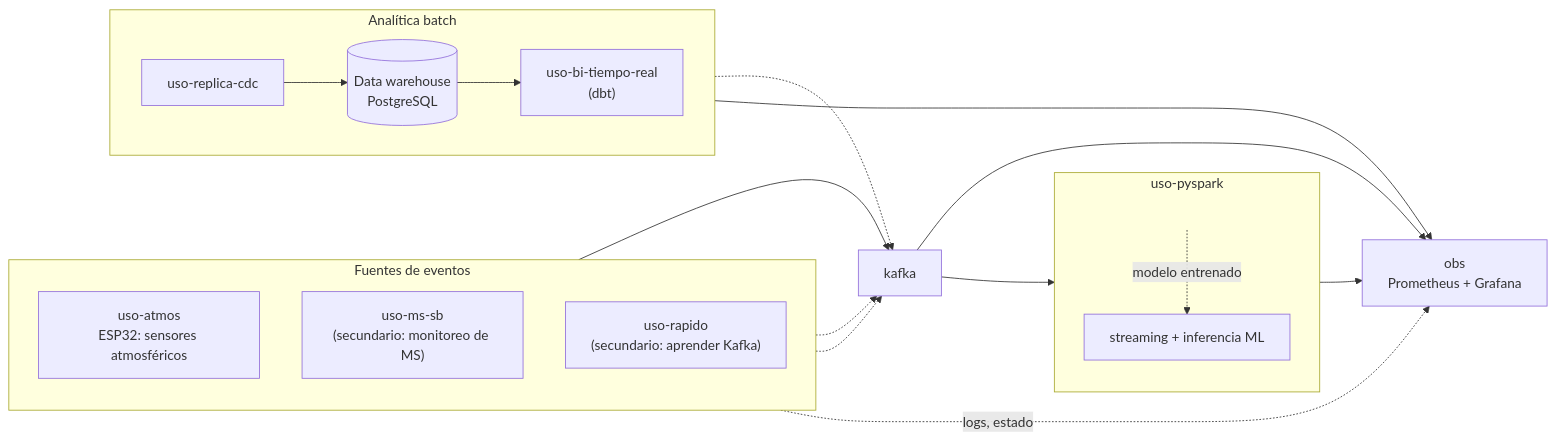
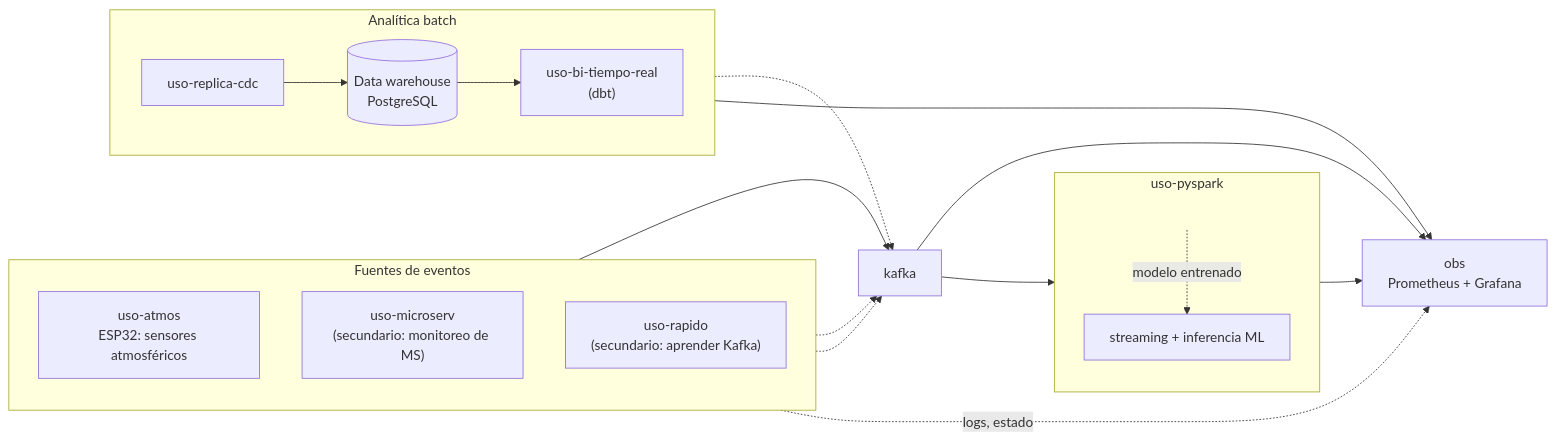
Before and after one commit to 262bigdata/lambda26: the first of 2 diagrams in docs/index.md, drawn with Mermaid. The commit also changed other lines of this file and 62 other files, not shown here.

````diff
--- a/docs/index.md
+++ b/docs/index.md
@@ -69,41 +69,41 @@
 ```mermaid
 flowchart LR
     subgraph Fuentes["Fuentes de eventos"]
         direction TB
         IoTSensors["uso-atmos<br/>ESP32: sensores atmosféricos"]
-        MS1["uso-ms-sb<br/>(secundario: monitoreo de MS)"]
+        MS1["uso-microserv<br/>(secundario: monitoreo de MS)"]
         Fast1["uso-rapido<br/>(secundario: aprender Kafka)"]
     end
 
     Kafka1["kafka"]
 
     subgraph Procesamiento["uso-pyspark"]
         direction TB
         Batch["batch, interactivo"]
         Streaming["streaming + inferencia ML"]
     end
 
     subgraph BatchAnalitico["Analítica batch"]
         direction LR
         CDC1["uso-replica-cdc"]
         DW1[("Data warehouse<br/>PostgreSQL")]
         BITR1["uso-bi-tiempo-real<br/>(dbt)"]
         CDC1 --> DW1 --> BITR1
     end
 
     Obs1["obs<br/>Prometheus + Grafana"]
 
     IoTSensors --> Kafka1
     Fast1 -.-> Kafka1
     MS1 -.-> Kafka1
     MS1 -.->|"logs, estado"| Obs1
     Kafka1 --> Streaming
     Batch -.->|"modelo entrenado"| Streaming
     CDC1 -.-> Kafka1
     BITR1 --> Obs1
     Streaming --> Obs1
     Kafka1 --> Obs1
 
     classDef today fill:#ffe08a,stroke:#9a6b00,stroke-width:2px,color:#111;
     class Batch today;
 ```
````
